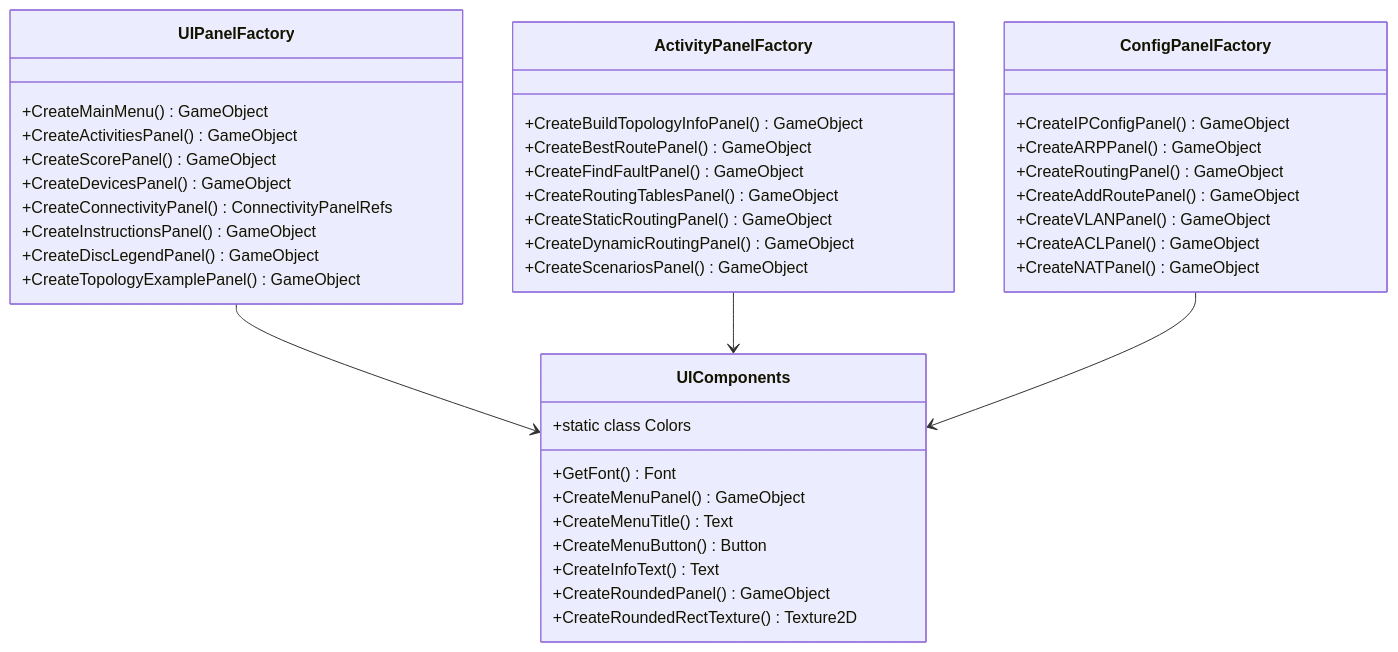
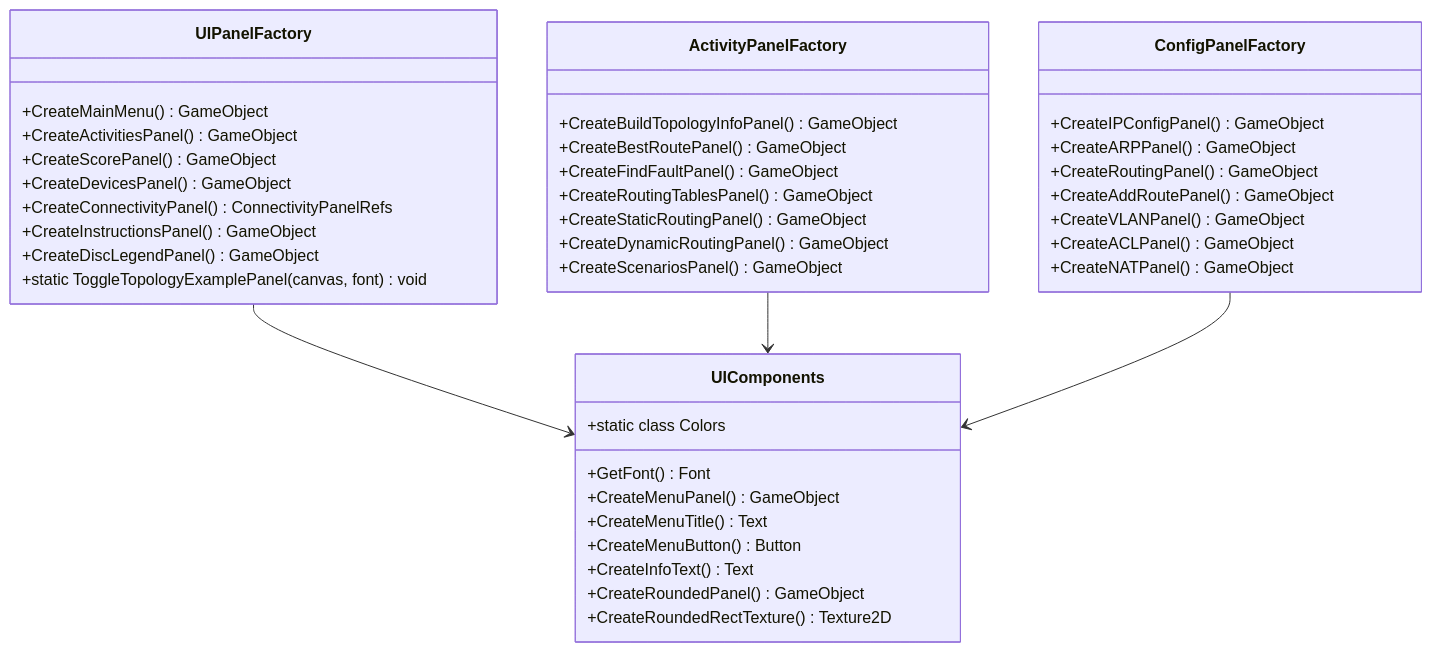
The first of 4 diagrams in docs/diagrams/mermaid/05-class-ui.md (Josmarinr/ProyectoGI_SimuladorRedesIDEUM), drawn with Mermaid before and after one commit. The commit also changed other lines of this file and 28 other files, not shown here.

````diff
--- a/docs/diagrams/mermaid/05-class-ui.md
+++ b/docs/diagrams/mermaid/05-class-ui.md
@@ -10,48 +10,48 @@
 ```mermaid
 classDiagram
     class UIPanelFactory {
         +CreateMainMenu() GameObject
         +CreateActivitiesPanel() GameObject
         +CreateScorePanel() GameObject
         +CreateDevicesPanel() GameObject
         +CreateConnectivityPanel() ConnectivityPanelRefs
         +CreateInstructionsPanel() GameObject
         +CreateDiscLegendPanel() GameObject
-        +CreateTopologyExamplePanel() GameObject
+        +static ToggleTopologyExamplePanel(canvas, font) void
     }
 
     class ActivityPanelFactory {
         +CreateBuildTopologyInfoPanel() GameObject
         +CreateBestRoutePanel() GameObject
         +CreateFindFaultPanel() GameObject
         +CreateRoutingTablesPanel() GameObject
         +CreateStaticRoutingPanel() GameObject
         +CreateDynamicRoutingPanel() GameObject
         +CreateScenariosPanel() GameObject
     }
 
     class ConfigPanelFactory {
         +CreateIPConfigPanel() GameObject
         +CreateARPPanel() GameObject
         +CreateRoutingPanel() GameObject
         +CreateAddRoutePanel() GameObject
         +CreateVLANPanel() GameObject
         +CreateACLPanel() GameObject
         +CreateNATPanel() GameObject
     }
 
     class UIComponents {
         +GetFont() Font
         +CreateMenuPanel() GameObject
         +CreateMenuTitle() Text
         +CreateMenuButton() Button
         +CreateInfoText() Text
         +CreateRoundedPanel() GameObject
         +CreateRoundedRectTexture() Texture2D
         +static class Colors
     }
 
     UIPanelFactory --> UIComponents
     ActivityPanelFactory --> UIComponents
     ConfigPanelFactory --> UIComponents
 ```
````
